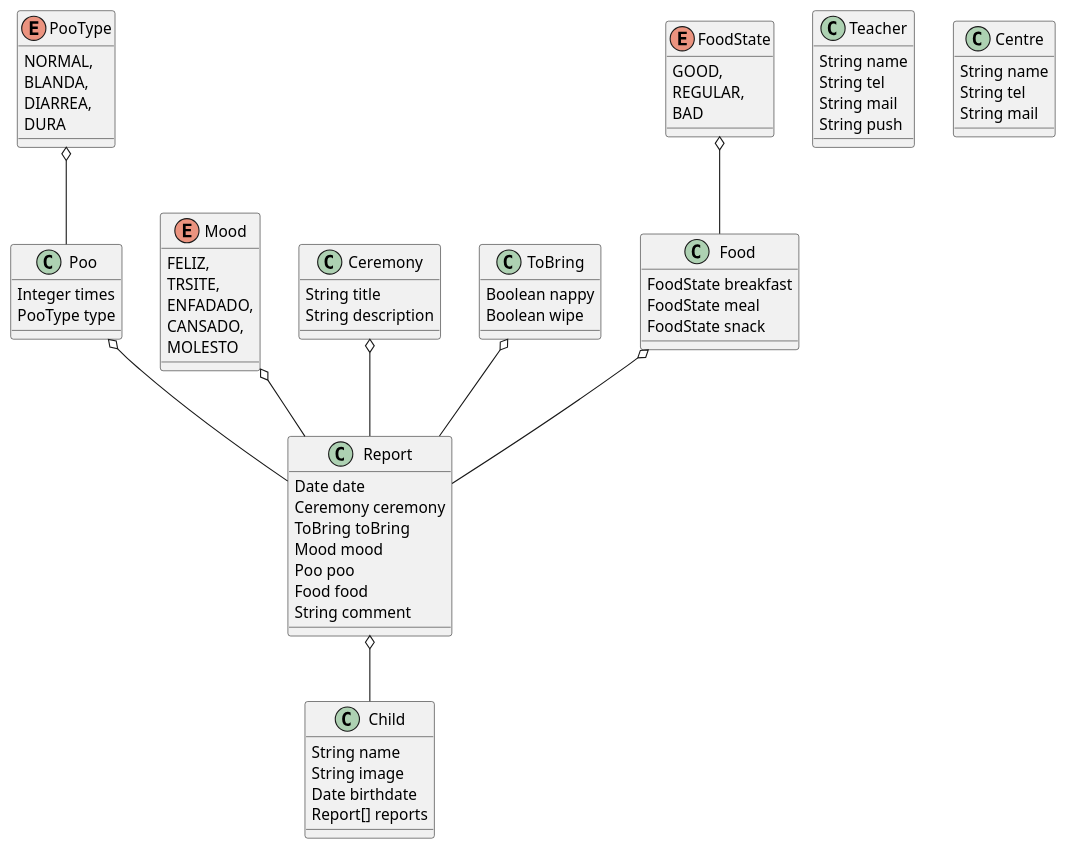
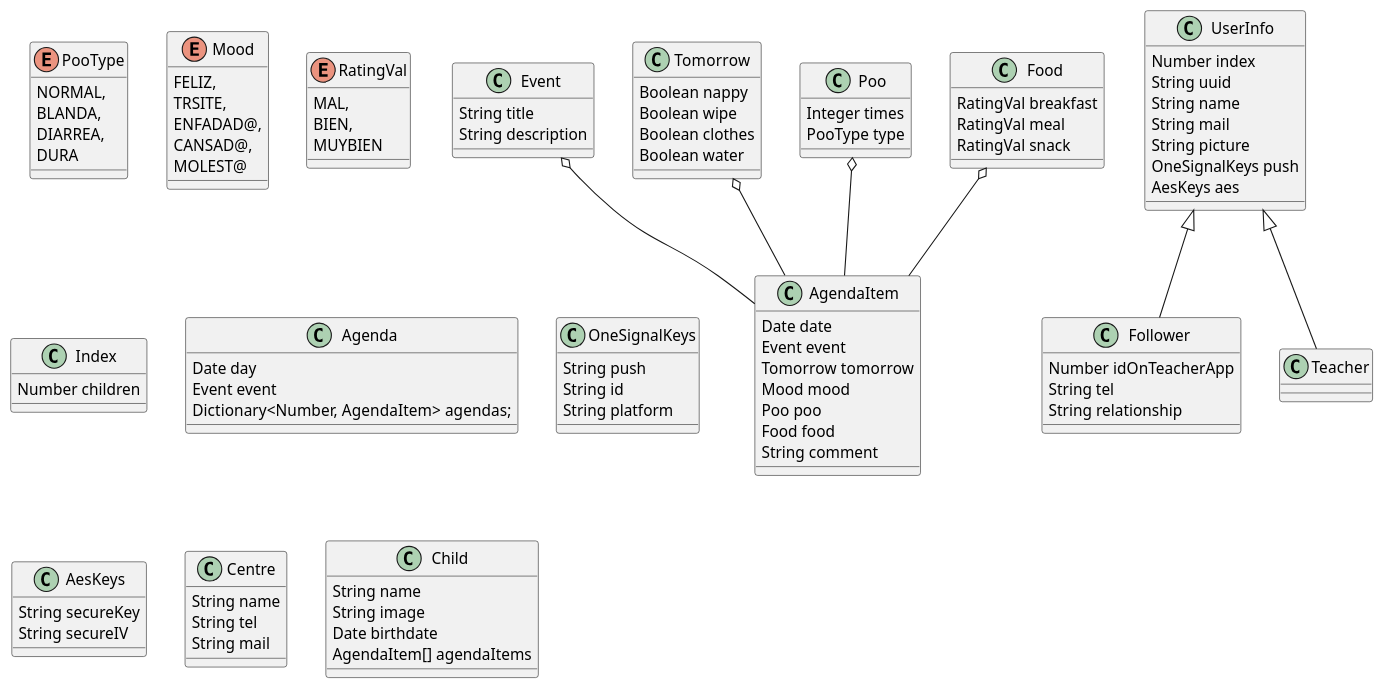
The diagram in 2_Docs/1_Database/entities.md (rordenerena/ohhappyday), drawn with PlantUML before and after one commit. The commit also changed 3 other files, not shown here.

```diff
--- a/2_Docs/1_Database/entities.md
+++ b/2_Docs/1_Database/entities.md
@@ -10,25 +10,31 @@
 enum Mood {
   FELIZ,
   TRSITE,
-  ENFADADO,
-  CANSADO,
-  MOLESTO
+  ENFADAD@,
+  CANSAD@,
+  MOLEST@
 }
 
-enum FoodState {
-    GOOD,
-    REGULAR,
-    BAD
+enum RatingVal {
+    MAL,
+    BIEN,
+    MUYBIEN
 }
 
-class Ceremony {
+class Index {
+  Number children
+}
+
+class Event {
   String title
   String description
 }
 
-class ToBring {
+class Tomorrow {
   Boolean nappy
   Boolean wipe
+  Boolean clothes
+  Boolean water
 }
 
 class Poo {
@@ -37,27 +43,56 @@
 }
 
 class Food {
-    FoodState breakfast
-    FoodState meal
-    FoodState snack
+    RatingVal breakfast
+    RatingVal meal
+    RatingVal snack
 }
 
+class Agenda {
+  Date day
+  Event event
+  Dictionary<Number, AgendaItem> agendas;
+}
 
-class Report {
+class AgendaItem {
   Date date
-  Ceremony ceremony
-  ToBring toBring
+  Event event
+  Tomorrow tomorrow
   Mood mood
   Poo poo
   Food food
   String comment
 }
 
-class Teacher {
+class OneSignalKeys {
+  String push
+  String id
+  String platform
+}
+
+class AesKeys {
+  String secureKey
+  String secureIV
+}
+
+class UserInfo {
+  Number index
+  String uuid
   String name
+  String mail
+  String picture
+  OneSignalKeys push
+  AesKeys aes
+}
+
+class Follower extends UserInfo {
+  Number idOnTeacherApp
   String tel
-  String mail
-  String push
+  String relationship
+}
+
+class Teacher extends UserInfo {
+
 }
 
 class Centre {
@@ -70,15 +105,11 @@
   String name
   String image
   Date birthdate
-  Report[] reports
+  AgendaItem[] agendaItems
 }
 
-Report o-- Child
-Ceremony o-- Report
-ToBring o-- Report
-Mood  o-- Report
-Poo o-- Report
-Food o-- Report
-PooType o-- Poo
-FoodState o-- Food
+Event o-- AgendaItem
+Tomorrow o-- AgendaItem
+Poo o-- AgendaItem
+Food o-- AgendaItem
 @enduml
```
